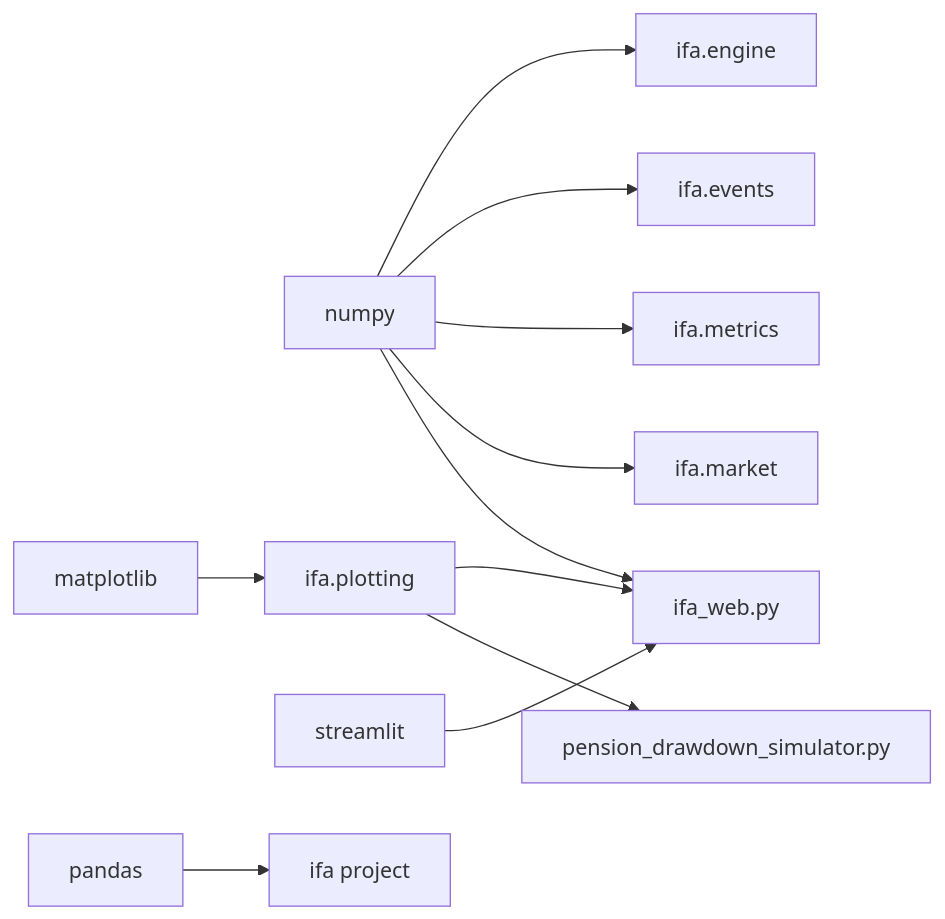
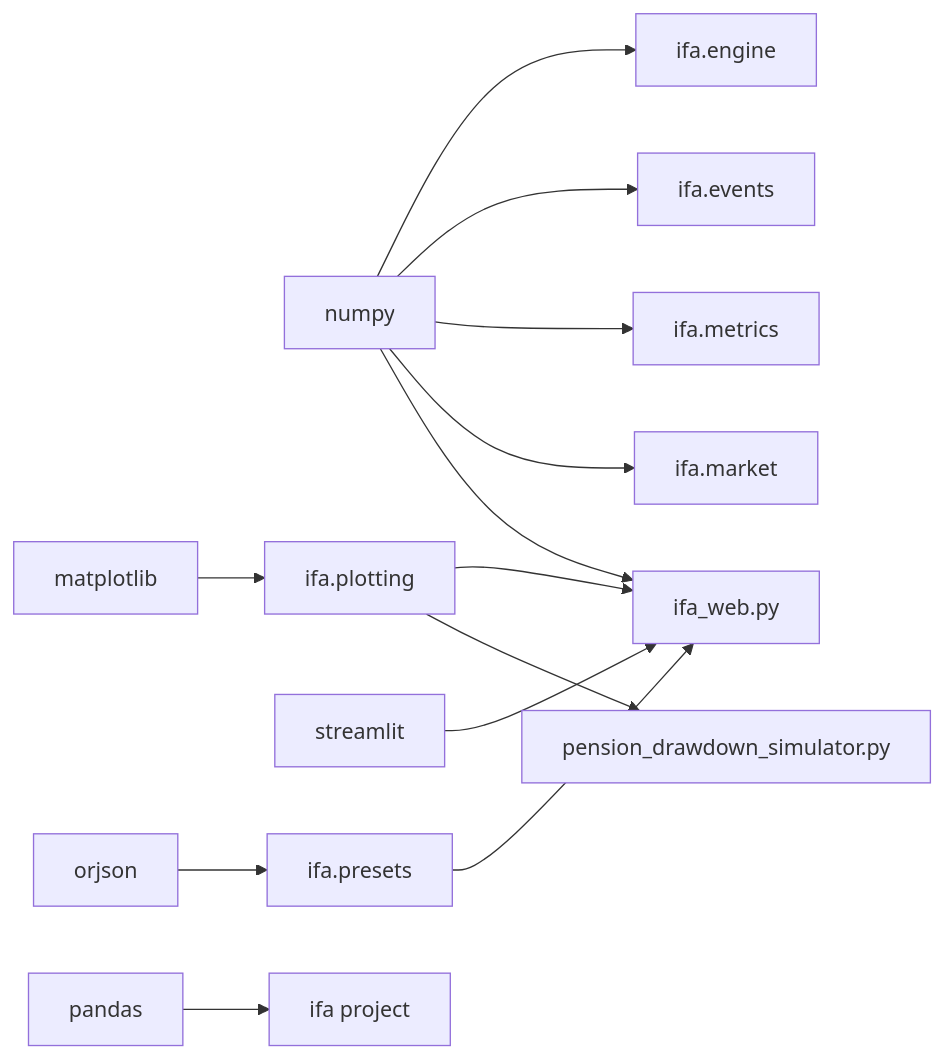
The second of 2 diagrams in docs/DEPENDENCIES.md (bumface11/ifa), drawn with Mermaid before and after one commit. The commit also changed other lines of this file and 16 other files, not shown here.

````diff
--- a/docs/DEPENDENCIES.md
+++ b/docs/DEPENDENCIES.md
@@ -42,15 +44,17 @@
 ```mermaid
 graph LR
     Numpy[numpy] --> Engine[ifa.engine]
     Numpy --> Events[ifa.events]
     Numpy --> Metrics[ifa.metrics]
     Numpy --> Market[ifa.market]
     Numpy --> Web[ifa_web.py]
 
     Matplotlib[matplotlib] --> Plotting[ifa.plotting]
     Plotting --> Web
     Plotting --> CLI[pension_drawdown_simulator.py]
 
     Streamlit[streamlit] --> Web
+    Orjson[orjson] --> Presets[ifa.presets]
+    Presets --> Web
     Pandas[pandas] --> Project[ifa project]
 ```
````
